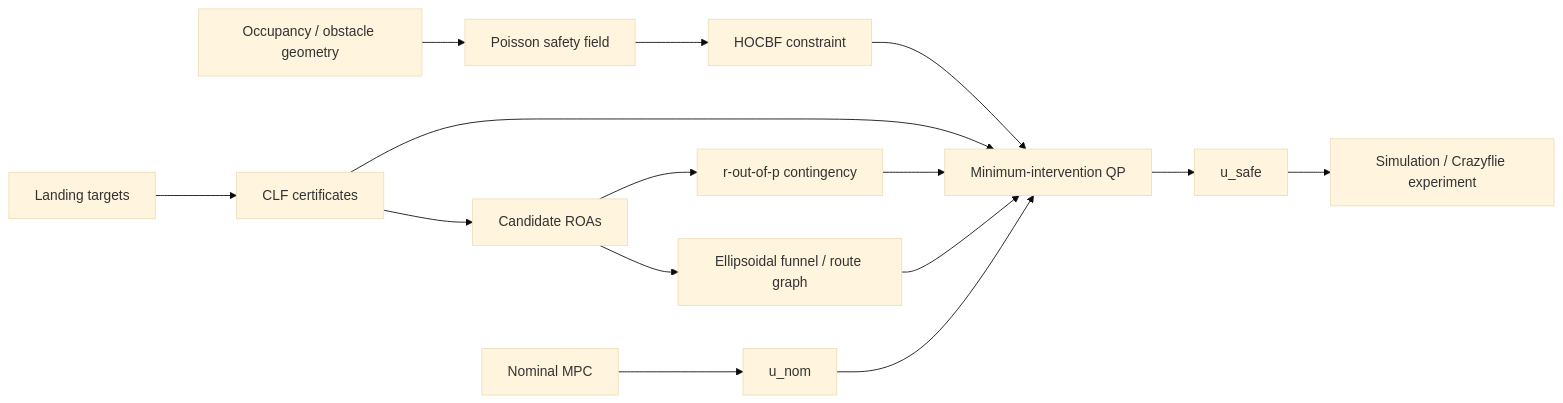
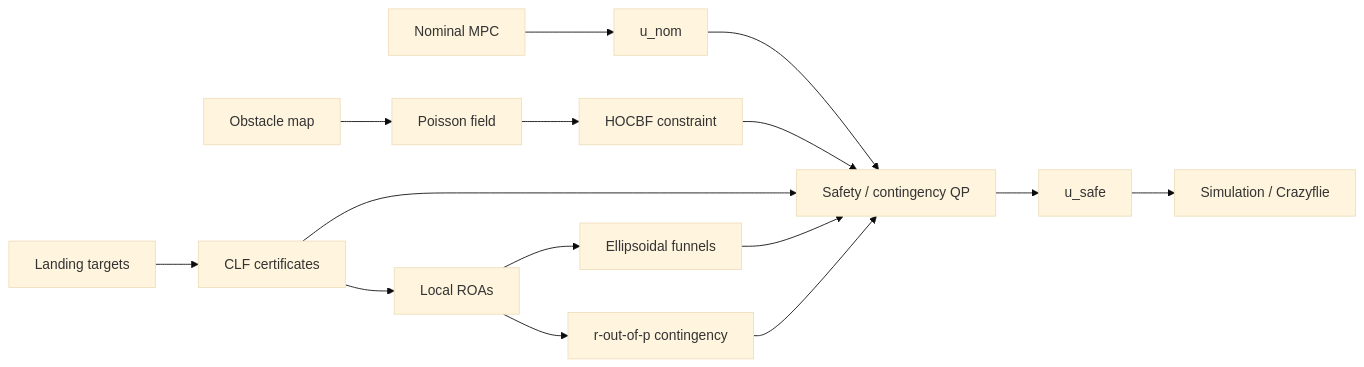
One commit to kosmicplane/Safety-Contingency-Certificates changed the diagram in README.md. Above: the diagram before and after it, drawn with Mermaid (base theme). The commit also changed other lines of this file, not shown here.

````diff
--- a/README.md
+++ b/README.md
@@ -30,19 +33,17 @@
 ```mermaid
 flowchart LR
-    W[Occupancy / obstacle geometry] --> P[Poisson safety field]
+    A[Nominal MPC] --> B[u_nom]
+    M[Obstacle map] --> P[Poisson field]
     P --> H[HOCBF constraint]
-
     T[Landing targets] --> C[CLF certificates]
-    C --> R[Candidate ROAs]
-    R --> G[Ellipsoidal funnel / route graph]
+    C --> R[Local ROAs]
+    R --> F[Ellipsoidal funnels]
     R --> O[r-out-of-p contingency]
-
-    M[Nominal MPC] --> U[u_nom]
-    H --> Q[Minimum-intervention QP]
+    B --> Q[Safety / contingency QP]
+    H --> Q
     C --> Q
+    F --> Q
     O --> Q
-    G --> Q
-    U --> Q
-    Q --> S[u_safe]
-    S --> X[Simulation / Crazyflie experiment]
+    Q --> U[u_safe]
+    U --> X[Simulation / Crazyflie]
 ```
````
